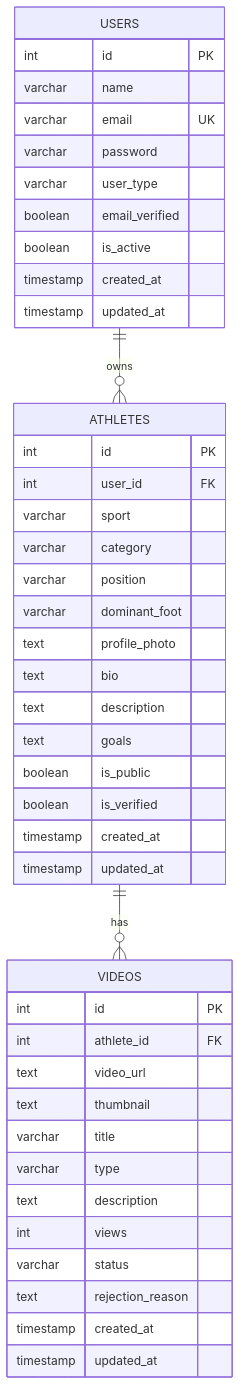
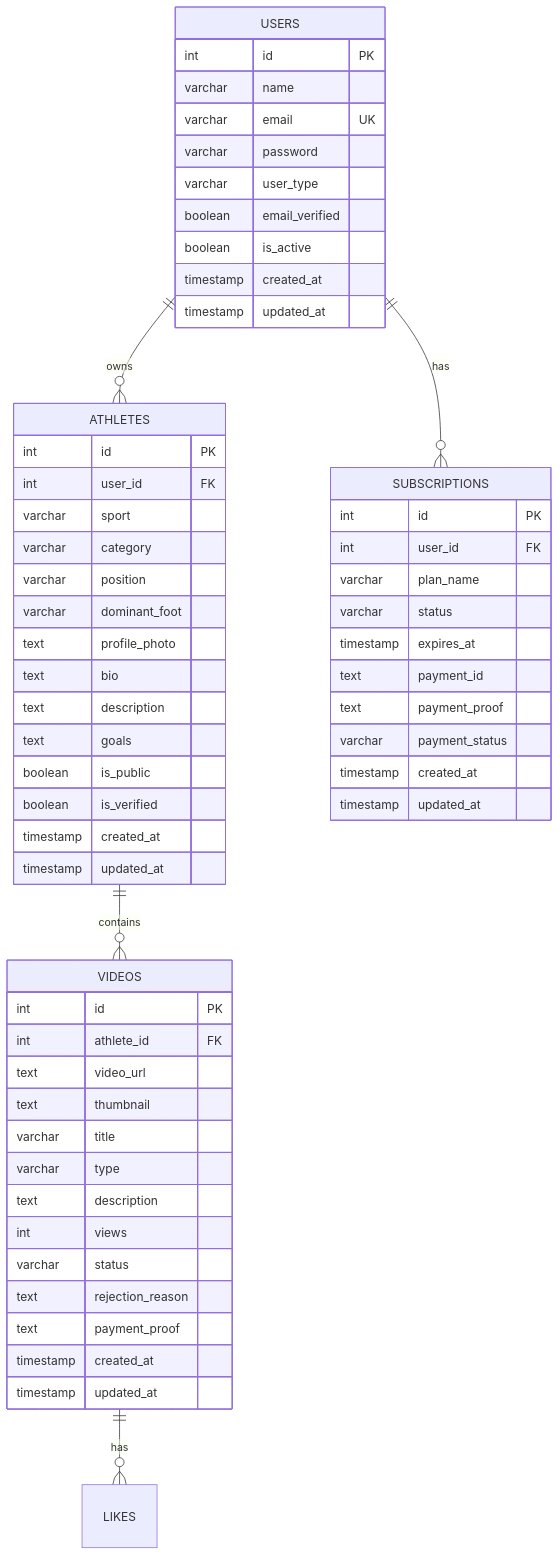
One commit to Alexandrexicara/craque-vision changed the eighth of 9 diagrams in .qoder/repowiki/en/content/Backend API Documentation/Video Management.md. Above: the diagram before and after it, drawn with Mermaid. The commit also changed other lines of this file and 10 other files, not shown here.

````diff
--- a/.qoder/repowiki/en/content/Backend API Documentation/Video Management.md
+++ b/.qoder/repowiki/en/content/Backend API Documentation/Video Management.md
@@ -433,46 +654,61 @@
 ```mermaid
 erDiagram
 VIDEOS {
 int id PK
 int athlete_id FK
 text video_url
 text thumbnail
 varchar title
 varchar type
 text description
 int views
 varchar status
 text rejection_reason
+text payment_proof
 timestamp created_at
 timestamp updated_at
 }
 ATHLETES {
 int id PK
 int user_id FK
 varchar sport
 varchar category
 varchar position
 varchar dominant_foot
 text profile_photo
 text bio
 text description
 text goals
 boolean is_public
 boolean is_verified
 timestamp created_at
 timestamp updated_at
 }
 USERS {
 int id PK
 varchar name
 varchar email UK
 varchar password
 varchar user_type
 boolean email_verified
 boolean is_active
 timestamp created_at
 timestamp updated_at
 }
-ATHLETES ||--o{ VIDEOS : "has"
+SUBSCRIPTIONS {
+int id PK
+int user_id FK
+varchar plan_name
+varchar status
+timestamp expires_at
+text payment_id
+text payment_proof
+varchar payment_status
+timestamp created_at
+timestamp updated_at
+}
+VIDEOS ||--o{ LIKES : "has"
+ATHLETES ||--o{ VIDEOS : "contains"
 USERS ||--o{ ATHLETES : "owns"
+USERS ||--o{ SUBSCRIPTIONS : "has"
 ```
````
